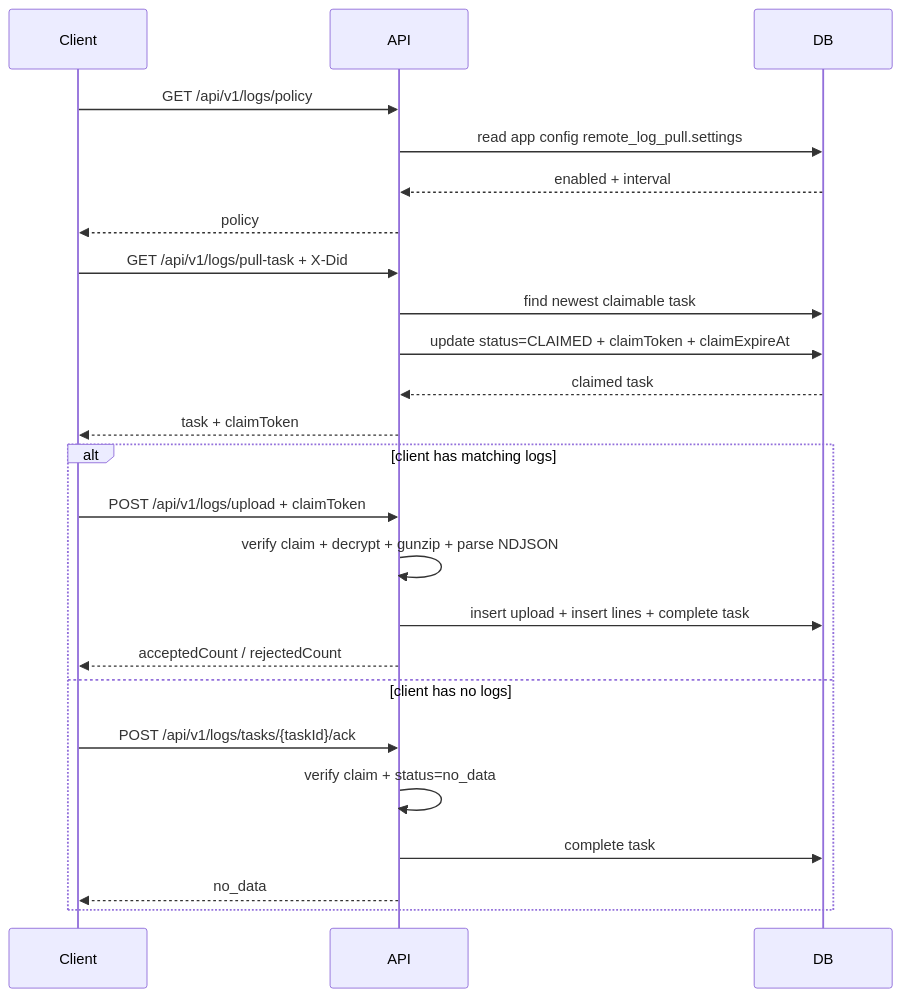
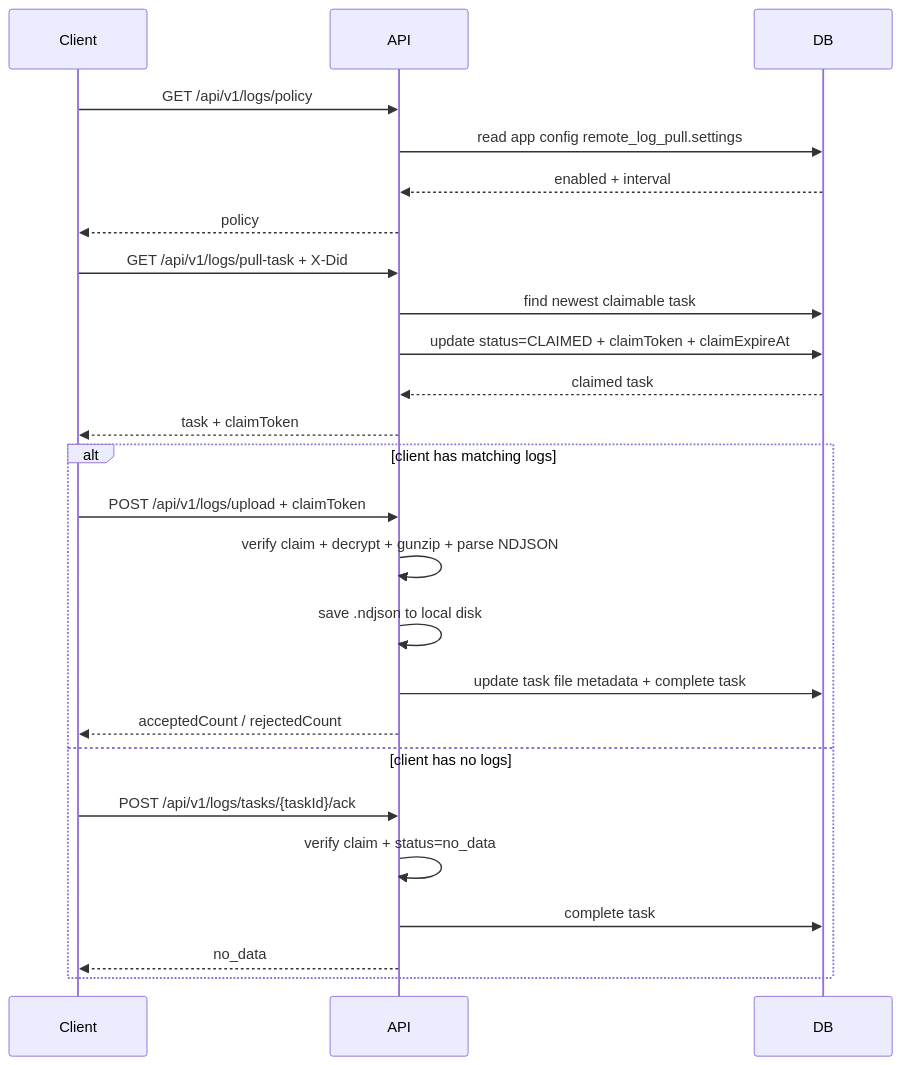
Before and after one commit to evangerlions/Zook: the second of 2 diagrams in docs/client-log-remote-pull-backend.md, drawn with Mermaid. The commit also changed other lines of this file and 18 other files, not shown here.

````diff
--- a/docs/client-log-remote-pull-backend.md
+++ b/docs/client-log-remote-pull-backend.md
@@ -174,29 +208,30 @@
 ```mermaid
 sequenceDiagram
   participant C as Client
   participant A as API
   participant D as DB
 
   C->>A: GET /api/v1/logs/policy
   A->>D: read app config remote_log_pull.settings
   D-->>A: enabled + interval
   A-->>C: policy
 
   C->>A: GET /api/v1/logs/pull-task + X-Did
   A->>D: find newest claimable task
   A->>D: update status=CLAIMED + claimToken + claimExpireAt
   D-->>A: claimed task
   A-->>C: task + claimToken
 
   alt client has matching logs
     C->>A: POST /api/v1/logs/upload + claimToken
     A->>A: verify claim + decrypt + gunzip + parse NDJSON
-    A->>D: insert upload + insert lines + complete task
+    A->>A: save .ndjson to local disk
+    A->>D: update task file metadata + complete task
     A-->>C: acceptedCount / rejectedCount
   else client has no logs
     C->>A: POST /api/v1/logs/tasks/{taskId}/ack
     A->>A: verify claim + status=no_data
     A->>D: complete task
     A-->>C: no_data
   end
 ```
````
